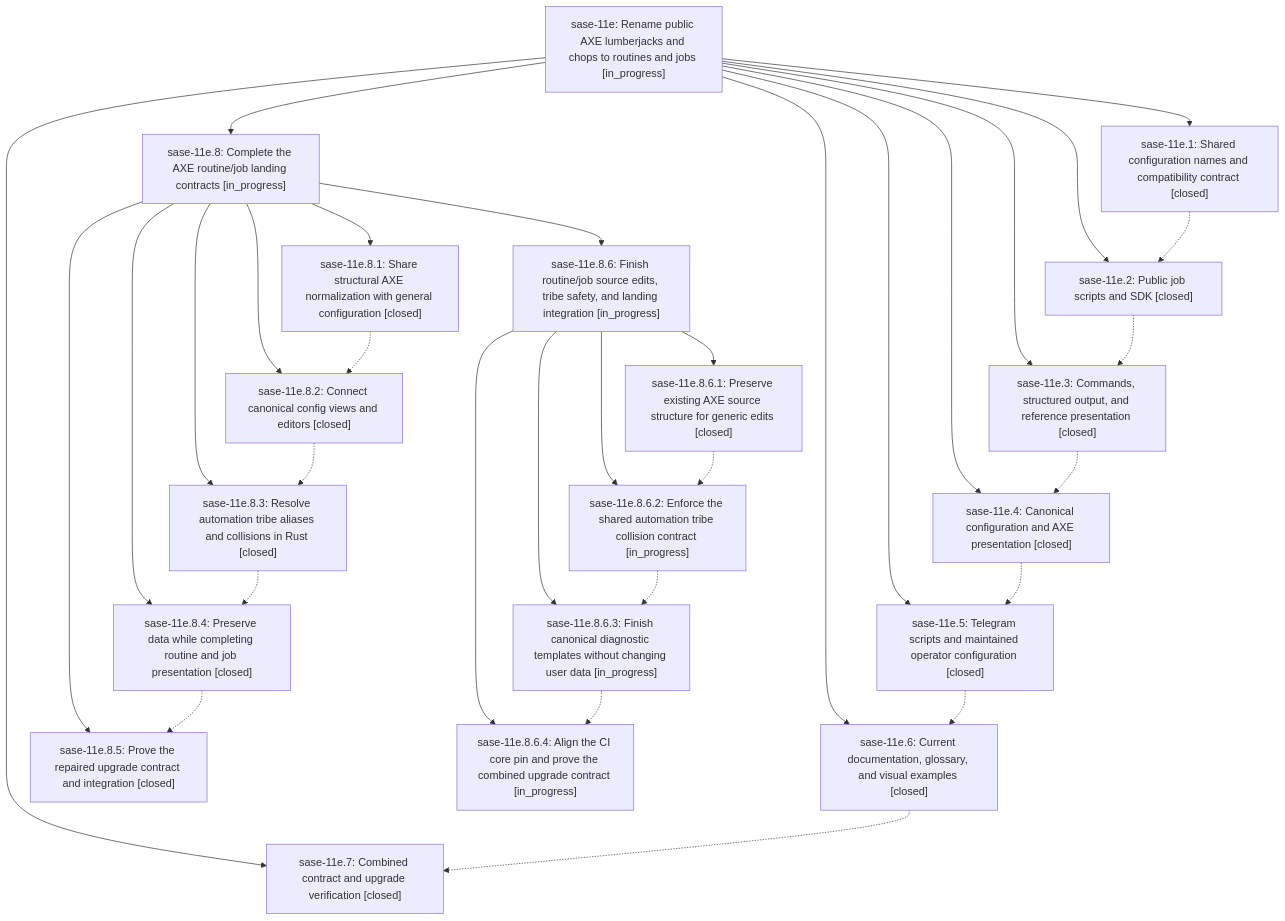
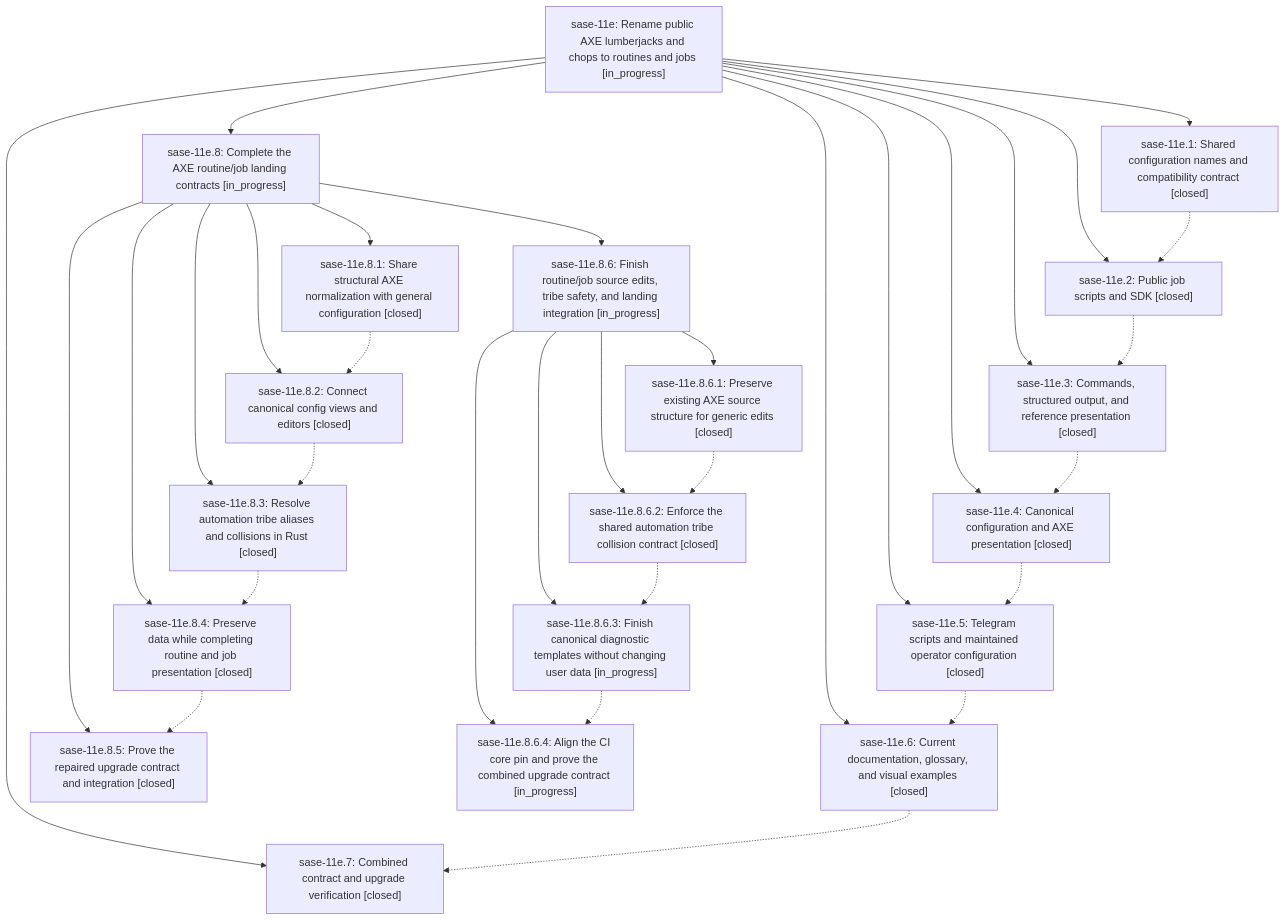
The diagram in pages/sase-11e/README.md (sase-org/sase--beads), drawn with Mermaid before and after one commit. The commit also changed other lines of this file and 3 other files, not shown here.

````diff
--- a/pages/sase-11e/README.md
+++ b/pages/sase-11e/README.md
@@ -42,53 +42,53 @@
 ```mermaid
 flowchart TD
     n0["sase-11e: Rename public AXE lumberjacks and chops to routines and jobs [in_progress]"]
     n1["sase-11e.1: Shared configuration names and compatibility contract [closed]"]
     n2["sase-11e.2: Public job scripts and SDK [closed]"]
     n3["sase-11e.3: Commands, structured output, and reference presentation [closed]"]
     n4["sase-11e.4: Canonical configuration and AXE presentation [closed]"]
     n5["sase-11e.5: Telegram scripts and maintained operator configuration [closed]"]
     n6["sase-11e.6: Current documentation, glossary, and visual examples [closed]"]
     n7["sase-11e.7: Combined contract and upgrade verification [closed]"]
     n8["sase-11e.8: Complete the AXE routine/job landing contracts [in_progress]"]
     n9["sase-11e.8.1: Share structural AXE normalization with general configuration [closed]"]
     n10["sase-11e.8.2: Connect canonical config views and editors [closed]"]
     n11["sase-11e.8.3: Resolve automation tribe aliases and collisions in Rust [closed]"]
     n12["sase-11e.8.4: Preserve data while completing routine and job presentation [closed]"]
     n13["sase-11e.8.5: Prove the repaired upgrade contract and integration [closed]"]
     n14["sase-11e.8.6: Finish routine/job source edits, tribe safety, and landing integration [in_progress]"]
     n15["sase-11e.8.6.1: Preserve existing AXE source structure for generic edits [closed]"]
-    n16["sase-11e.8.6.2: Enforce the shared automation tribe collision contract [in_progress]"]
+    n16["sase-11e.8.6.2: Enforce the shared automation tribe collision contract [closed]"]
     n17["sase-11e.8.6.3: Finish canonical diagnostic templates without changing user data [in_progress]"]
     n18["sase-11e.8.6.4: Align the CI core pin and prove the combined upgrade contract [in_progress]"]
     n0 --> n1
     n0 --> n2
     n0 --> n3
     n0 --> n4
     n0 --> n5
     n0 --> n6
     n0 --> n7
     n0 --> n8
     n8 --> n9
     n8 --> n10
     n8 --> n11
     n8 --> n12
     n8 --> n13
     n8 --> n14
     n14 --> n15
     n14 --> n16
     n14 --> n17
     n14 --> n18
     n1 -.-> n2
     n2 -.-> n3
     n3 -.-> n4
     n4 -.-> n5
     n5 -.-> n6
     n6 -.-> n7
     n9 -.-> n10
     n10 -.-> n11
     n11 -.-> n12
     n12 -.-> n13
     n15 -.-> n16
     n16 -.-> n17
     n17 -.-> n18
 ```
````
